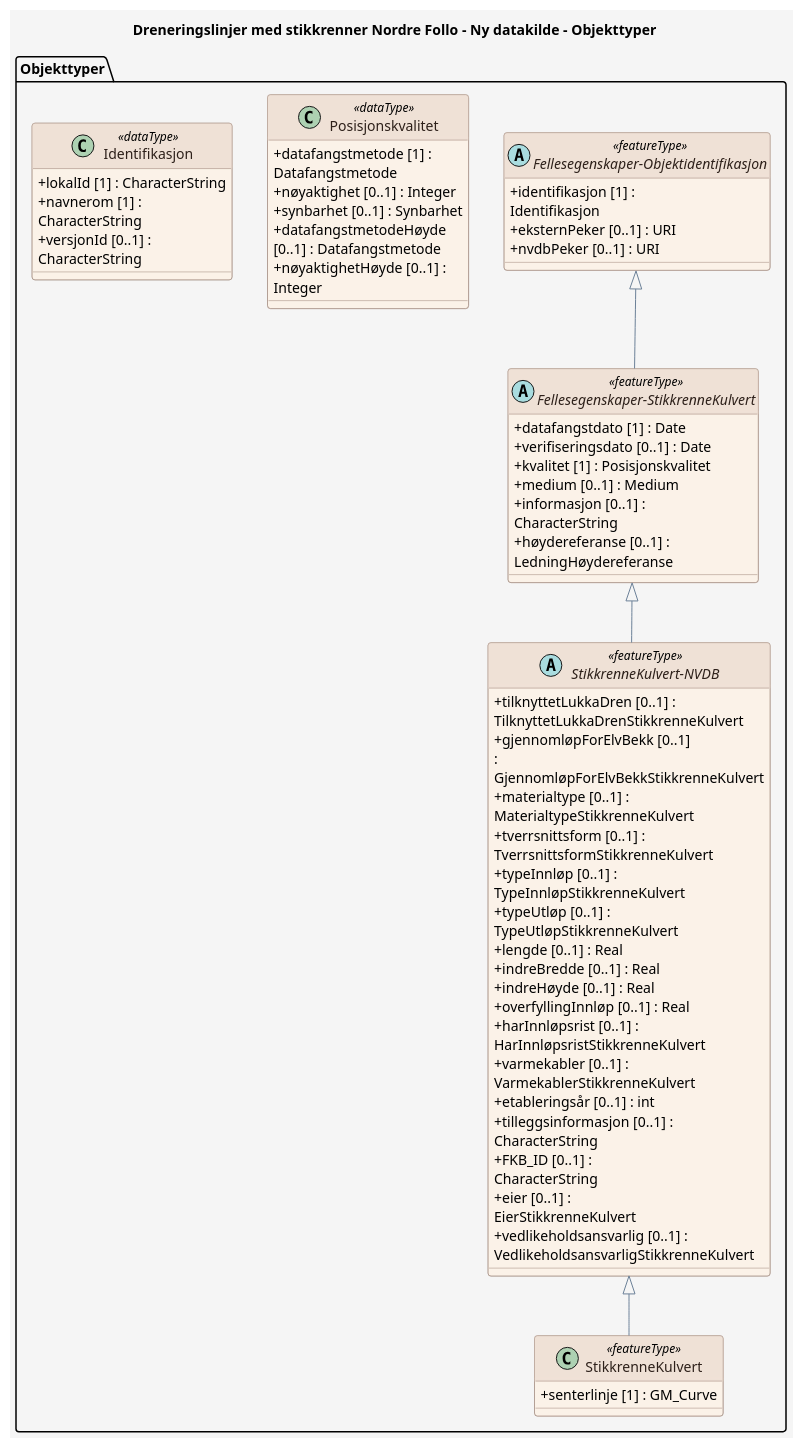
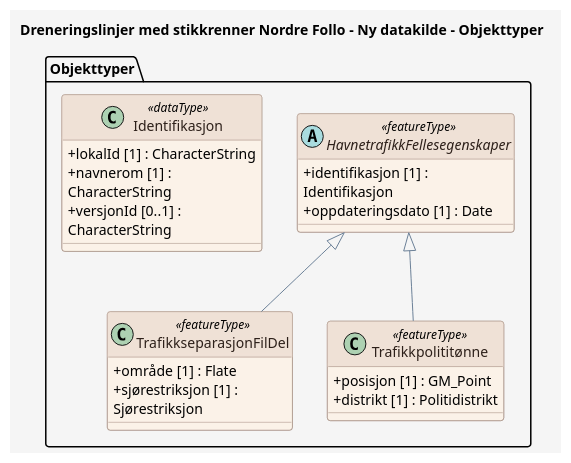
One commit to KentJonsrud/produktspesifikasjon_sommer changed the diagram in produktspesifikasjon/dreneringslinjer-med-stikkrenner-nordre-follo/ny-datakilde/ny-datakilde_feature_catalogue.puml. Above: the diagram before and after it, drawn with PlantUML. The commit also changed 17 other files, not shown here.

```diff
--- a/produktspesifikasjon/dreneringslinjer-med-stikkrenner-nordre-follo/ny-datakilde/ny-datakilde_feature_catalogue.puml
+++ b/produktspesifikasjon/dreneringslinjer-med-stikkrenner-nordre-follo/ny-datakilde/ny-datakilde_feature_catalogue.puml
@@ -1,91 +1,58 @@
 @startuml
 ' For wide diagrams, render with: plantuml -DPLANTUML_LIMIT_SIZE=16384 ...
 ' The 'scale max' directive below caps the rendered output to prevent the
 ' default PlantUML 4096px size limit from cropping the diagram.
 scale max 4000*4000
 
 title Dreneringslinjer med stikkrenner Nordre Follo - Ny datakilde - Objekttyper
 
 skinparam backgroundColor #F5F5F5
 skinparam shadowing false
 skinparam RoundCorner 6
 skinparam ArrowColor #6C8198
 skinparam wrapWidth 200
 skinparam class {
   BackgroundColor #FBF2E8
   BorderColor #9C8578
   FontColor #2D201A
   HeaderBackgroundColor #EFE1D6
   HeaderFontColor #2D201A
   AttributeIconSize 0
 }
 skinparam note {
   BackgroundColor #FFFFFF
   BorderColor #6C8198
   FontColor #2D201A
 }
 skinparam stereotypeCBackgroundColor #EAD9CE
 skinparam stereotypeCBorderColor #9C8578
 skinparam stereotypeCFontColor #2D201A
 
 package "Objekttyper" {
 
-  class StikkrenneKulvert <<featureType>> {
-    + senterlinje [1] : GM_Curve
+  abstract class HavnetrafikkFellesegenskaper <<featureType>> {
+    + identifikasjon [1] : Identifikasjon
+    + oppdateringsdato [1] : Date
   }
 
-  abstract class "StikkrenneKulvert-NVDB" as StikkrenneKulvert_NVDB <<featureType>> {
-    + tilknyttetLukkaDren [0..1] : TilknyttetLukkaDrenStikkrenneKulvert
-    + gjennomløpForElvBekk [0..1] : GjennomløpForElvBekkStikkrenneKulvert
-    + materialtype [0..1] : MaterialtypeStikkrenneKulvert
-    + tverrsnittsform [0..1] : TverrsnittsformStikkrenneKulvert
-    + typeInnløp [0..1] : TypeInnløpStikkrenneKulvert
-    + typeUtløp [0..1] : TypeUtløpStikkrenneKulvert
-    + lengde [0..1] : Real
-    + indreBredde [0..1] : Real
-    + indreHøyde [0..1] : Real
-    + overfyllingInnløp [0..1] : Real
-    + harInnløpsrist [0..1] : HarInnløpsristStikkrenneKulvert
-    + varmekabler [0..1] : VarmekablerStikkrenneKulvert
-    + etableringsår [0..1] : int
-    + tilleggsinformasjon [0..1] : CharacterString
-    + FKB_ID [0..1] : CharacterString
-    + eier [0..1] : EierStikkrenneKulvert
-    + vedlikeholdsansvarlig [0..1] : VedlikeholdsansvarligStikkrenneKulvert
+  class TrafikkseparasjonFilDel <<featureType>> {
+    + område [1] : Flate
+    + sjørestriksjon [1] : Sjørestriksjon
   }
 
-  abstract class "Fellesegenskaper-StikkrenneKulvert" as Fellesegenskaper_StikkrenneKulvert <<featureType>> {
-    + datafangstdato [1] : Date
-    + verifiseringsdato [0..1] : Date
-    + kvalitet [1] : Posisjonskvalitet
-    + medium [0..1] : Medium
-    + informasjon [0..1] : CharacterString
-    + høydereferanse [0..1] : LedningHøydereferanse
-  }
-
-  abstract class "Fellesegenskaper-Objektidentifikasjon" as Fellesegenskaper_Objektidentifikasjon <<featureType>> {
-    + identifikasjon [1] : Identifikasjon
-    + eksternPeker [0..1] : URI
-    + nvdbPeker [0..1] : URI
-  }
-
-  class Posisjonskvalitet <<dataType>> {
-    + datafangstmetode [1] : Datafangstmetode
-    + nøyaktighet [0..1] : Integer
-    + synbarhet [0..1] : Synbarhet
-    + datafangstmetodeHøyde [0..1] : Datafangstmetode
-    + nøyaktighetHøyde [0..1] : Integer
+  class "Trafikkpolititønne" as Trafikkpolitit_nne <<featureType>> {
+    + posisjon [1] : GM_Point
+    + distrikt [1] : Politidistrikt
   }
 
   class Identifikasjon <<dataType>> {
     + lokalId [1] : CharacterString
     + navnerom [1] : CharacterString
     + versjonId [0..1] : CharacterString
   }
 }
 
-  StikkrenneKulvert_NVDB <|-- StikkrenneKulvert
-  Fellesegenskaper_StikkrenneKulvert <|-- StikkrenneKulvert_NVDB
-  Fellesegenskaper_Objektidentifikasjon <|-- Fellesegenskaper_StikkrenneKulvert
+  HavnetrafikkFellesegenskaper <|-- TrafikkseparasjonFilDel
+  HavnetrafikkFellesegenskaper <|-- Trafikkpolitit_nne
 
 @enduml
```
